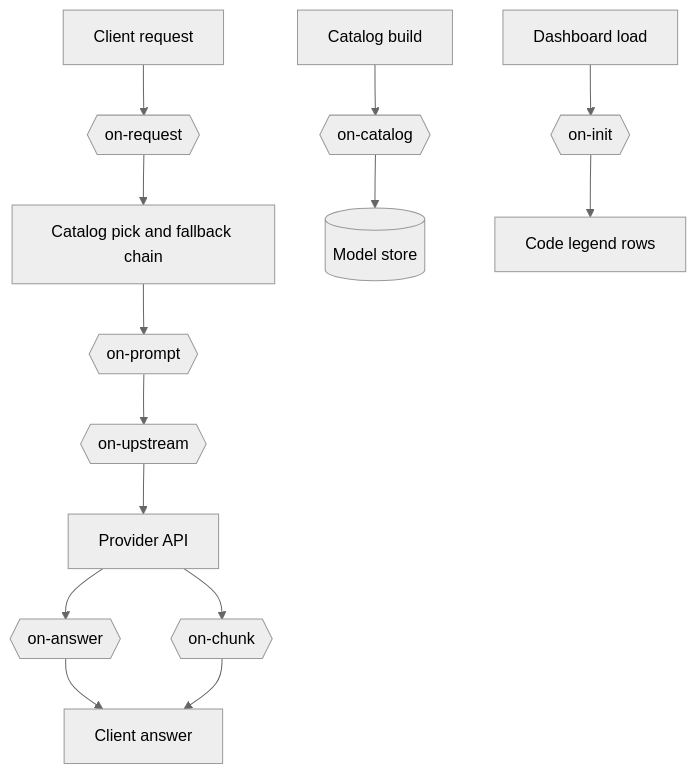
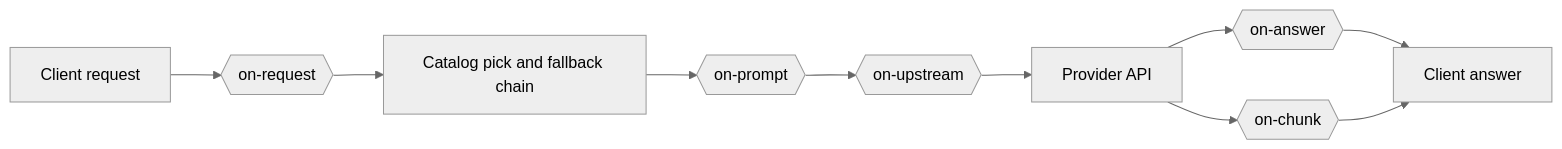
One commit to nemoe7/daedalus changed the first of 2 diagrams in docs/hooks.md. Above: the diagram before and after it, drawn with Mermaid (neutral theme). The commit also changed other lines of this file and 5 other files, not shown here.

Commit message:
docs: lay the diagrams out left to right for a desktop

````diff
--- a/docs/hooks.md
+++ b/docs/hooks.md
@@ -134,16 +37,12 @@
 ```mermaid
-flowchart TD
+flowchart LR
   A[Client request] --> B{{on-request}}
   B --> C[Catalog pick and fallback chain]
   C --> P{{on-prompt}}
   P --> D{{on-upstream}}
   D --> E[Provider API]
   E --> F{{on-answer}}
   F --> G[Client answer]
   E --> N{{on-chunk}}
   N --> G
-  H[Catalog build] --> I{{on-catalog}}
-  I --> J[(Model store)]
-  K[Dashboard load] --> L{{on-init}}
-  L --> M[Code legend rows]
 ```
````
